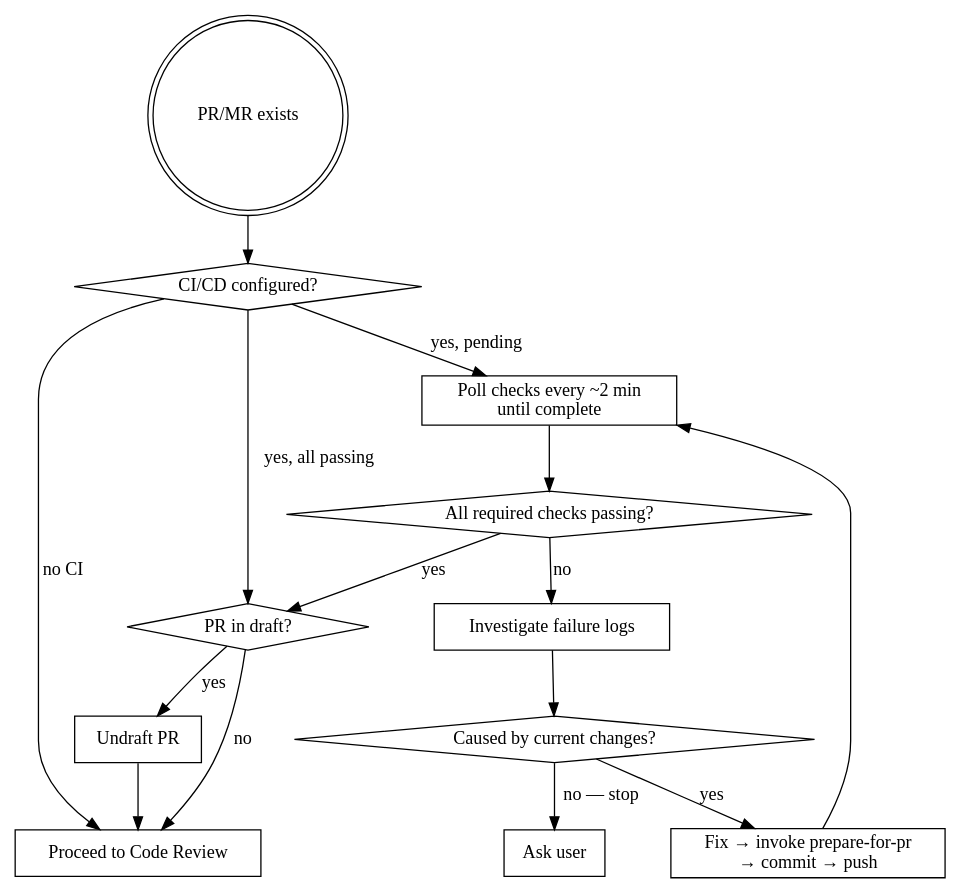
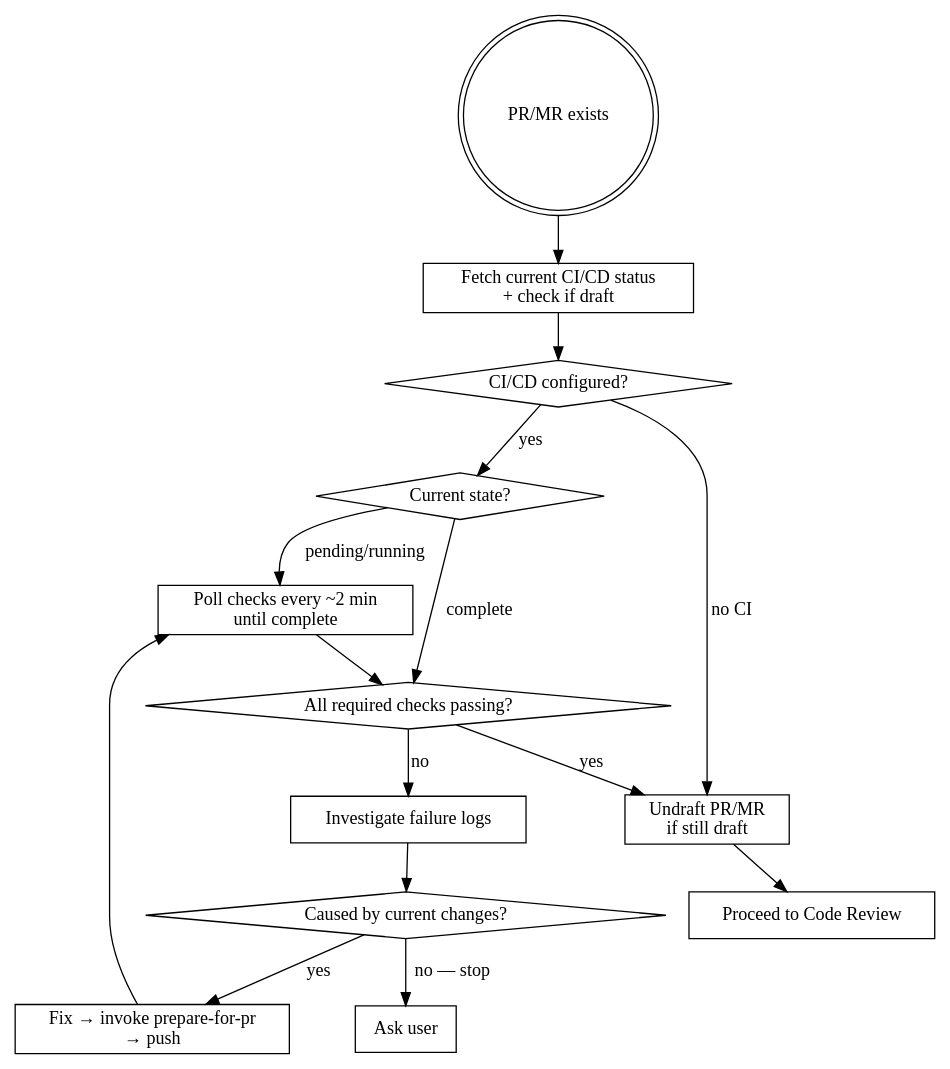
One commit to kirich1409/maven-central-mcp changed the first of 2 diagrams in plugins/developer-workflow/skills/pr-drive-to-merge/SKILL.md. Above: the diagram before and after it, drawn with Graphviz. The commit also changed other lines of this file and 1 other file, not shown here.

First line of the commit message:
fix(round-2): address all critical and important review issues

````diff
--- a/plugins/developer-workflow/skills/pr-drive-to-merge/SKILL.md
+++ b/plugins/developer-workflow/skills/pr-drive-to-merge/SKILL.md
@@ -36,32 +36,33 @@
 ```dot
 digraph cicd {
     rankdir=TB;
 
     start [label="PR/MR exists", shape=doublecircle];
+    fetch_status [label="Fetch current CI/CD status\n+ check if draft", shape=box];
     has_ci [label="CI/CD configured?", shape=diamond];
-    draft [label="PR in draft?", shape=diamond];
-    undraft [label="Undraft PR", shape=box];
+    ci_state [label="Current state?", shape=diamond];
     wait [label="Poll checks every ~2 min\nuntil complete", shape=box];
     passing [label="All required checks passing?", shape=diamond];
     investigate [label="Investigate failure logs", shape=box];
     our_fault [label="Caused by current changes?", shape=diamond];
-    fix [label="Fix → invoke prepare-for-pr\n→ commit → push", shape=box];
+    fix [label="Fix → invoke prepare-for-pr\n→ push", shape=box];
     ask [label="Ask user", shape=box];
+    undraft [label="Undraft PR/MR\nif still draft", shape=box];
     review [label="Proceed to Code Review", shape=box];
 
-    start -> has_ci;
-    has_ci -> draft [label="yes, all passing"];
-    has_ci -> wait [label="yes, pending"];
-    has_ci -> review [label="no CI"];
-    draft -> undraft [label="yes"];
-    draft -> review [label="no"];
-    undraft -> review;
+    start -> fetch_status;
+    fetch_status -> has_ci;
+    has_ci -> ci_state [label="yes"];
+    has_ci -> undraft [label="no CI"];
+    ci_state -> wait [label="pending/running"];
+    ci_state -> passing [label="complete"];
     wait -> passing;
-    passing -> draft [label="yes"];
+    passing -> undraft [label="yes"];
     passing -> investigate [label="no"];
     investigate -> our_fault;
     our_fault -> fix [label="yes"];
     our_fault -> ask [label="no — stop"];
     fix -> wait;
+    undraft -> review;
 }
 ```
````
